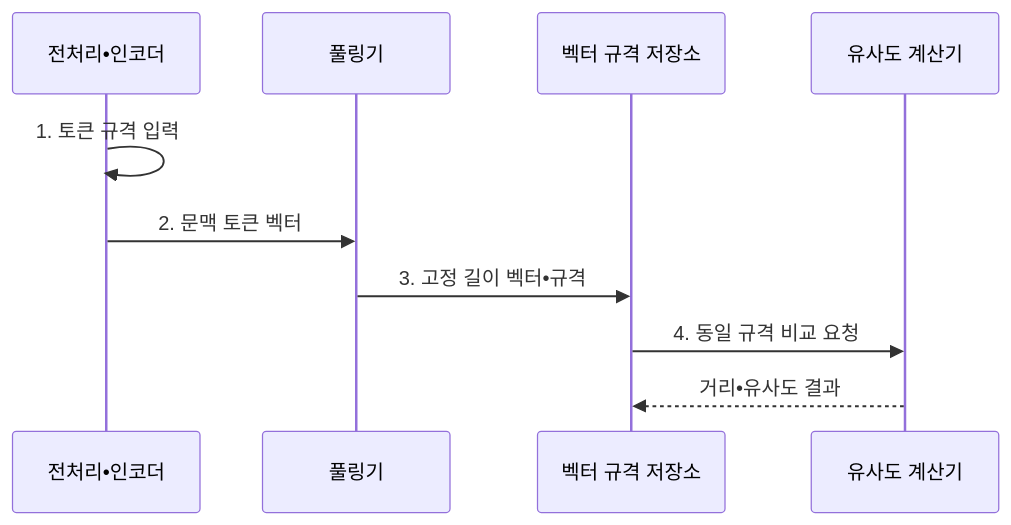
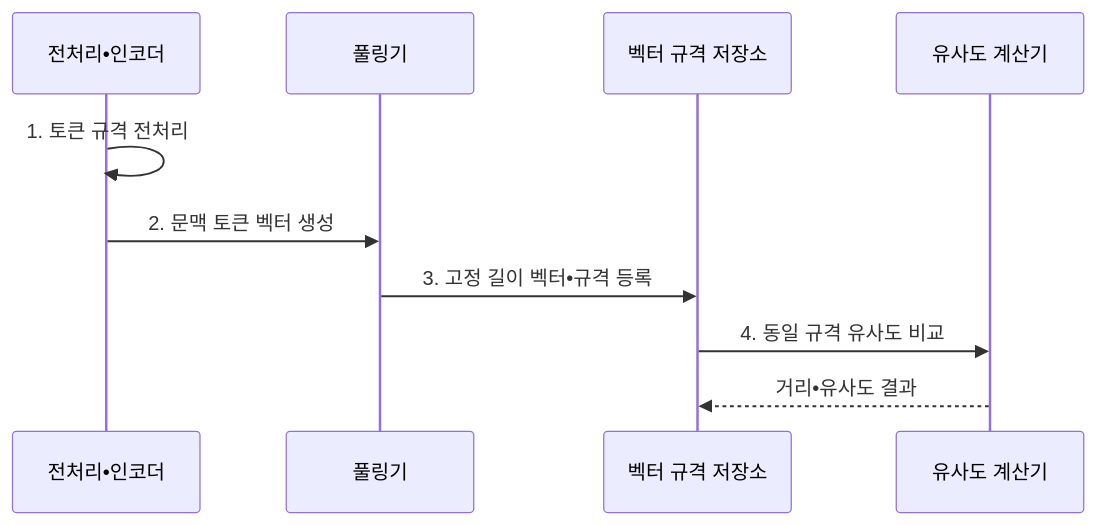
The second of 2 diagrams in src/content/docs/notes/08-latest-tech/076_embedding.md (agnusdei1207/knowledge-base), drawn with Mermaid before and after one commit. The commit also changed other lines of this file and 17 other files, not shown here.

````diff
--- a/src/content/docs/notes/08-latest-tech/076_embedding.md
+++ b/src/content/docs/notes/08-latest-tech/076_embedding.md
@@ -107,12 +107,12 @@
 ```mermaid
 sequenceDiagram
   participant E as 전처리•인코더
   participant O as 풀링기
   participant R as 벡터 규격 저장소
   participant S as 유사도 계산기
-  E->>E: 1. 토큰 규격 입력
-  E->>O: 2. 문맥 토큰 벡터
-  O->>R: 3. 고정 길이 벡터•규격
-  R->>S: 4. 동일 규격 비교 요청
+  E->>E: 1. 토큰 규격 전처리
+  E->>O: 2. 문맥 토큰 벡터 생성
+  O->>R: 3. 고정 길이 벡터•규격 등록
+  R->>S: 4. 동일 규격 유사도 비교
   S-->>R: 거리•유사도 결과
 ```
````
